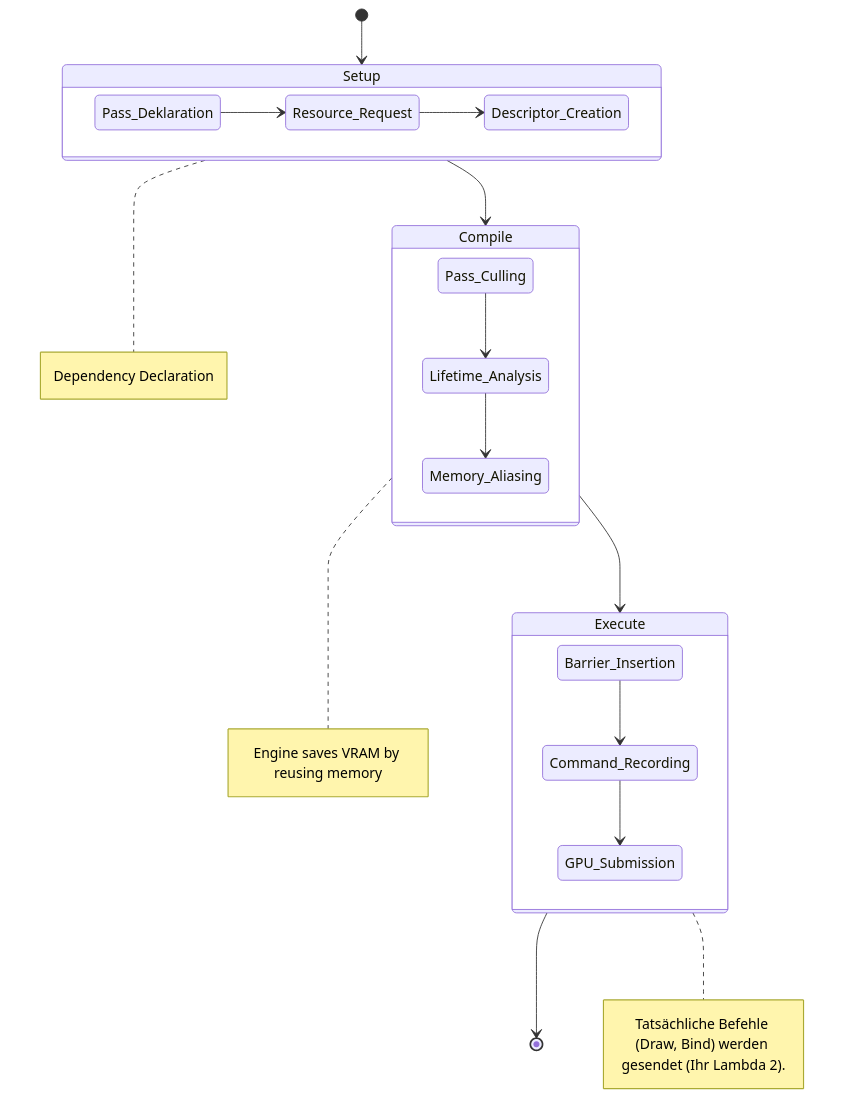
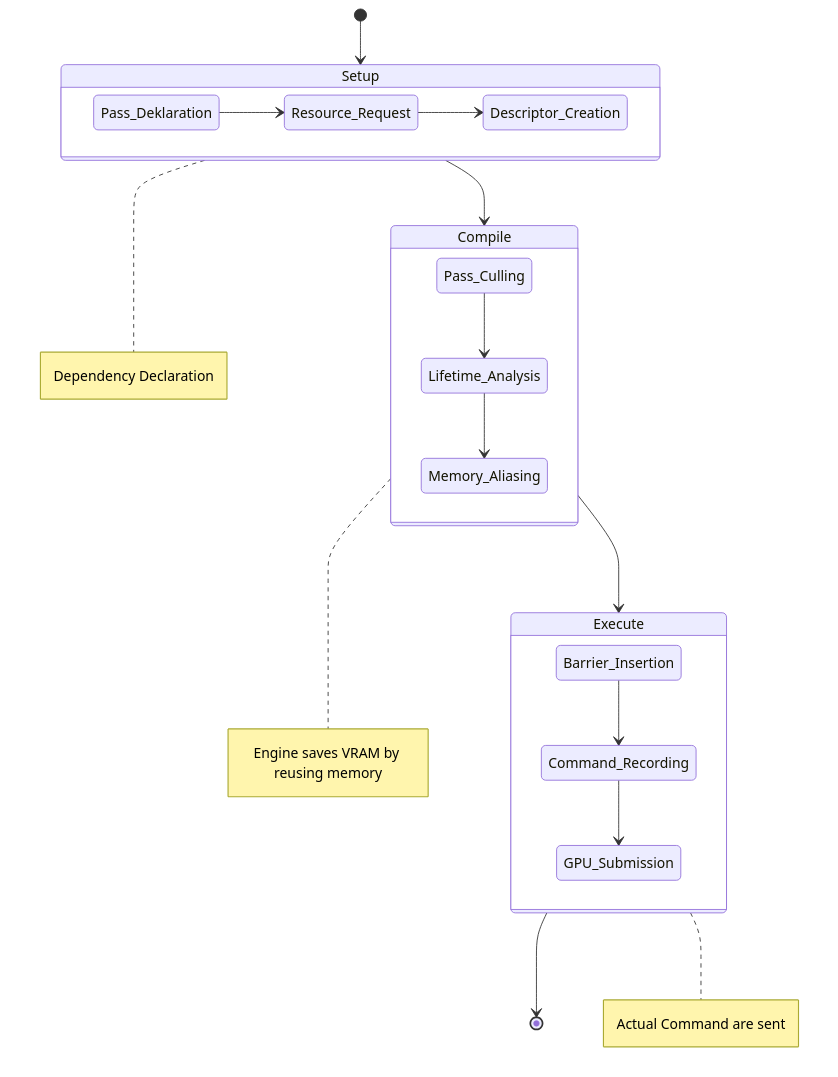
One commit to BusinessDirt/obsidian-vault changed the diagram in 01 - Projects/Mixture/Render/RenderGraph.md. Above: the diagram before and after it, drawn with Mermaid. The commit also changed 2 other files, not shown here.

Commit message:
vault backup: 2025-12-26 15:09:19

````diff
--- a/01 - Projects/Mixture/Render/RenderGraph.md
+++ b/01 - Projects/Mixture/Render/RenderGraph.md
@@ -43,26 +43,26 @@
 ```mermaid
 stateDiagram-v2
     [*] --> Setup
     Setup --> Compile
     Compile --> Execute
     Execute --> [*]
 
     state Setup {
         direction LR
         Pass_Deklaration --> Resource_Request
         Resource_Request --> Descriptor_Creation
     }
     Note right of Setup: Dependency Declaration
 
     state Compile {
         Pass_Culling --> Lifetime_Analysis
         Lifetime_Analysis --> Memory_Aliasing
     }
     Note right of Compile: Engine saves VRAM by reusing memory
 
     state Execute {
         Barrier_Insertion --> Command_Recording
         Command_Recording --> GPU_Submission
     }
-    Note right of Execute: Tatsächliche Befehle (Draw, Bind) werden gesendet (Ihr Lambda 2).
+    Note right of Execute: Actual Command are sent
 ```
````
